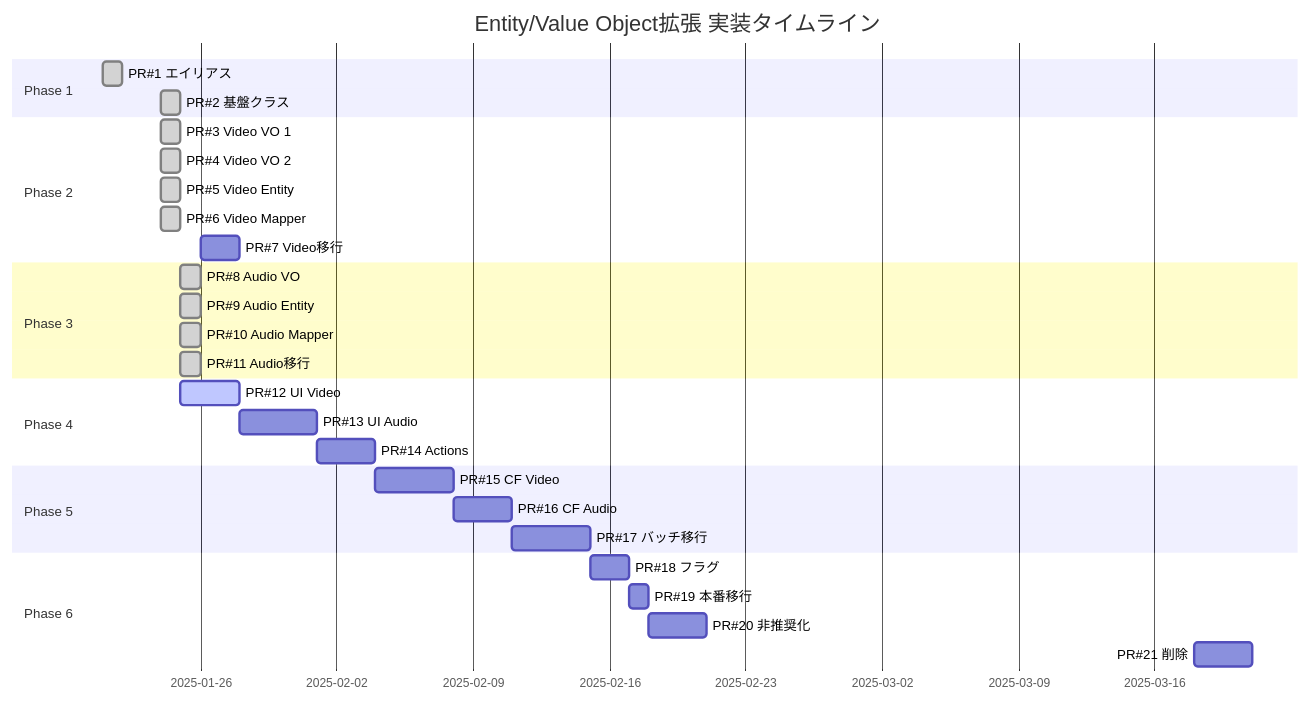
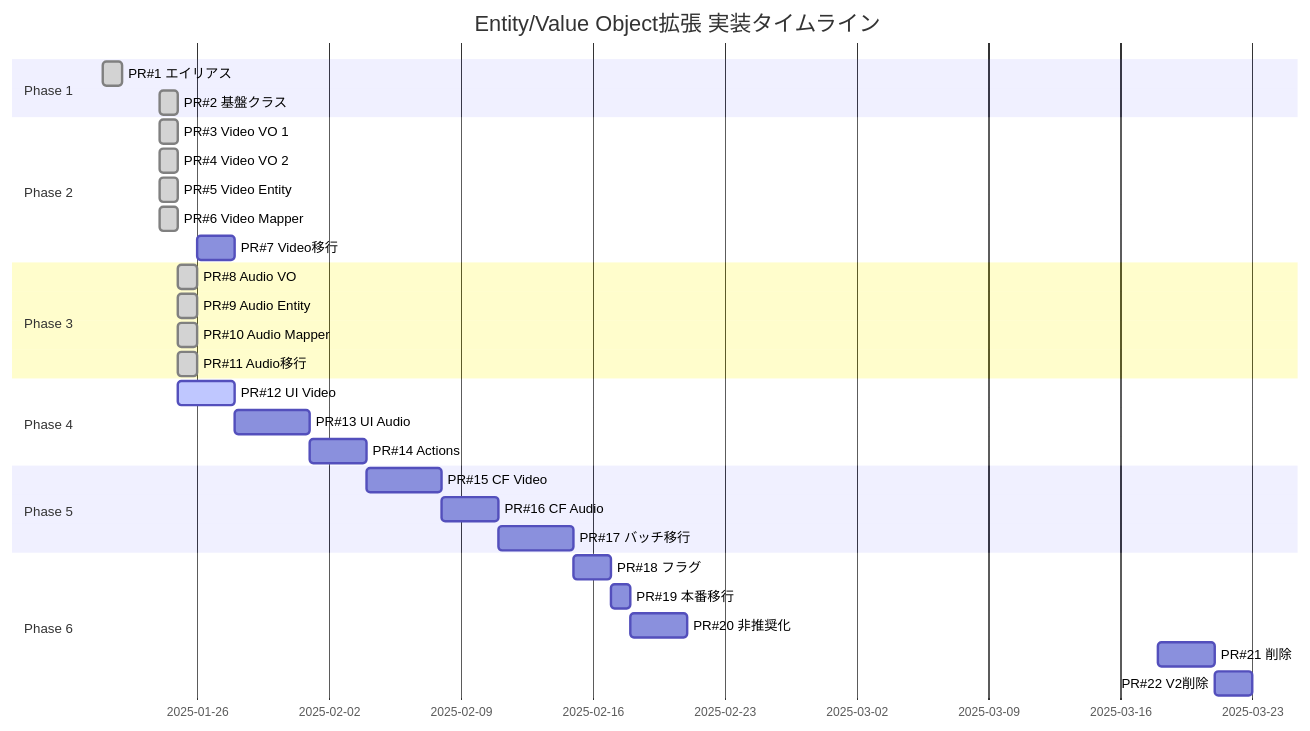
Before and after one commit to nothink-jp/suzumina.click: the diagram in docs/ENTITY_VALUE_OBJECT_PR_BREAKDOWN.md, drawn with Mermaid. The commit also changed other lines of this file and 12 other files, not shown here.

````diff
--- a/docs/ENTITY_VALUE_OBJECT_PR_BREAKDOWN.md
+++ b/docs/ENTITY_VALUE_OBJECT_PR_BREAKDOWN.md
@@ -402,37 +425,38 @@
 ```mermaid
 gantt
     title Entity/Value Object拡張 実装タイムライン
     dateFormat YYYY-MM-DD
     section Phase 1
     PR#1 エイリアス     :done, 2025-01-21, 1d
     PR#2 基盤クラス     :done, 2025-01-24, 1d
     
     section Phase 2
     PR#3 Video VO 1     :done, 2025-01-24, 1d
     PR#4 Video VO 2     :done, 2025-01-24, 1d
     PR#5 Video Entity   :done, 2025-01-24, 1d
     PR#6 Video Mapper   :done, 2025-01-24, 1d
     PR#7 Video移行      :2025-01-26, 2d
     
     section Phase 3
     PR#8 Audio VO       :done, 2025-01-25, 1d
     PR#9 Audio Entity   :done, 2025-01-25, 1d
     PR#10 Audio Mapper  :done, 2025-01-25, 1d
     PR#11 Audio移行     :done, 2025-01-25, 1d
     
     section Phase 4
     PR#12 UI Video      :active, 2025-01-25, 3d
     PR#13 UI Audio      :2025-01-28, 4d
     PR#14 Actions       :2025-02-01, 3d
     
     section Phase 5
     PR#15 CF Video      :2025-02-04, 4d
     PR#16 CF Audio      :2025-02-08, 3d
     PR#17 バッチ移行    :2025-02-11, 4d
     
     section Phase 6
     PR#18 フラグ        :2025-02-15, 2d
     PR#19 本番移行      :2025-02-17, 1d
     PR#20 非推奨化      :2025-02-18, 3d
     PR#21 削除          :2025-03-18, 3d
+    PR#22 V2削除        :2025-03-21, 2d
 ```
````
